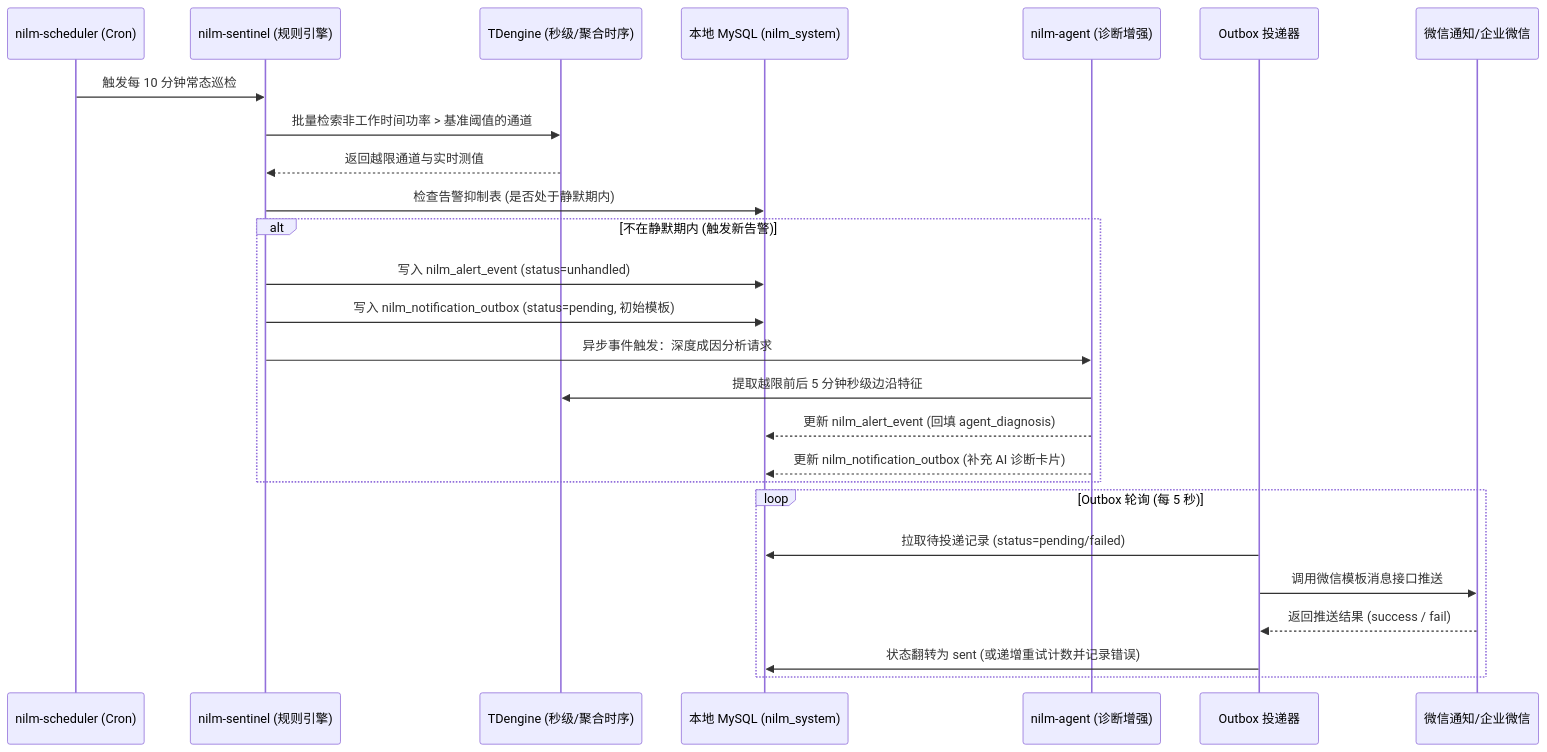
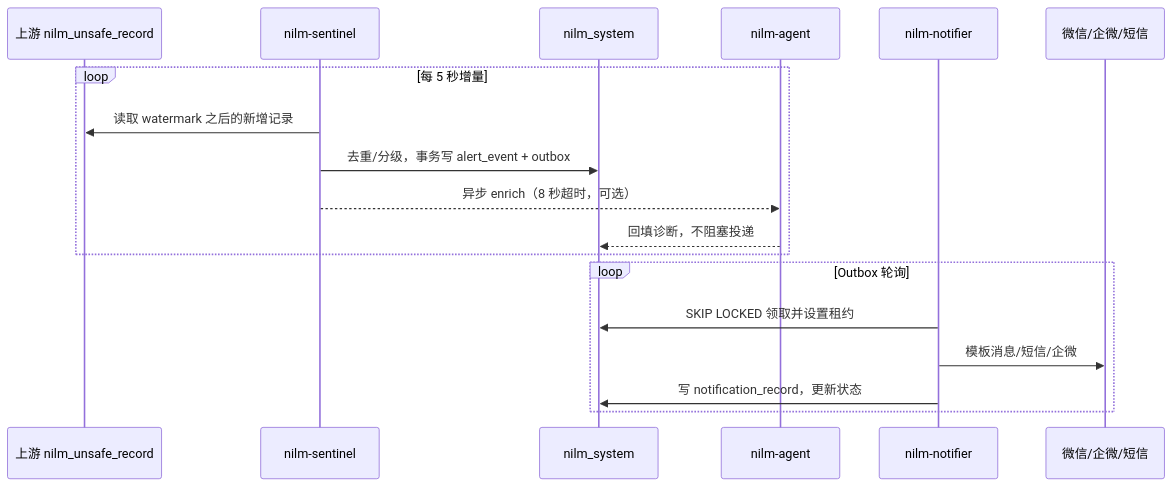
The diagram in docs/nilm-ai-agent-high-level-design.md (xusofty-cyber/deepseek-harness), drawn with Mermaid before and after one commit. The commit also changed other lines of this file, not shown here.

````diff
--- a/docs/nilm-ai-agent-high-level-design.md
+++ b/docs/nilm-ai-agent-high-level-design.md
@@ -620,29 +983,21 @@
 ```mermaid
 sequenceDiagram
-    participant S as nilm-scheduler (Cron)
-    participant E as nilm-sentinel (规则引擎)
-    participant TS as TDengine (秒级/聚合时序)
-    participant DB as 本地 MySQL (nilm_system)
-    participant A as nilm-agent (诊断增强)
-    participant O as Outbox 投递器
-    participant W as 微信通知/企业微信
+    participant SRC as 上游 nilm_unsafe_record
+    participant SEN as nilm-sentinel
+    participant DB as nilm_system
+    participant AG as nilm-agent
+    participant OUT as nilm-notifier
+    participant CH as 微信/企微/短信
 
-    S->>E: 触发每 10 分钟常态巡检
-    E->>TS: 批量检索非工作时间功率 > 基准阈值的通道
-    TS-->>E: 返回越限通道与实时测值
-    E->>DB: 检查告警抑制表 (是否处于静默期内)
-    alt 不在静默期内 (触发新告警)
-        E->>DB: 写入 nilm_alert_event (status=unhandled)
-        E->>DB: 写入 nilm_notification_outbox (status=pending, 初始模板)
-        E->>A: 异步事件触发：深度成因分析请求
-        A->>TS: 提取越限前后 5 分钟秒级边沿特征
-        A-->>DB: 更新 nilm_alert_event (回填 agent_diagnosis)
-        A-->>DB: 更新 nilm_notification_outbox (补充 AI 诊断卡片)
+    loop 每 5 秒增量
+        SEN->>SRC: 读取 watermark 之后的新增记录
+        SEN->>DB: 去重/分级，事务写 alert_event + outbox
+        SEN-->>AG: 异步 enrich（8 秒超时，可选）
+        AG-->>DB: 回填诊断，不阻塞投递
     end
-    loop Outbox 轮询 (每 5 秒)
-        O->>DB: 拉取待投递记录 (status=pending/failed)
-        O->>W: 调用微信模板消息接口推送
-        W-->>O: 返回推送结果 (success / fail)
-        O->>DB: 状态翻转为 sent (或递增重试计数并记录错误)
+    loop Outbox 轮询
+        OUT->>DB: SKIP LOCKED 领取并设置租约
+        OUT->>CH: 模板消息/短信/企微
+        OUT->>DB: 写 notification_record，更新状态
     end
 ```
````
